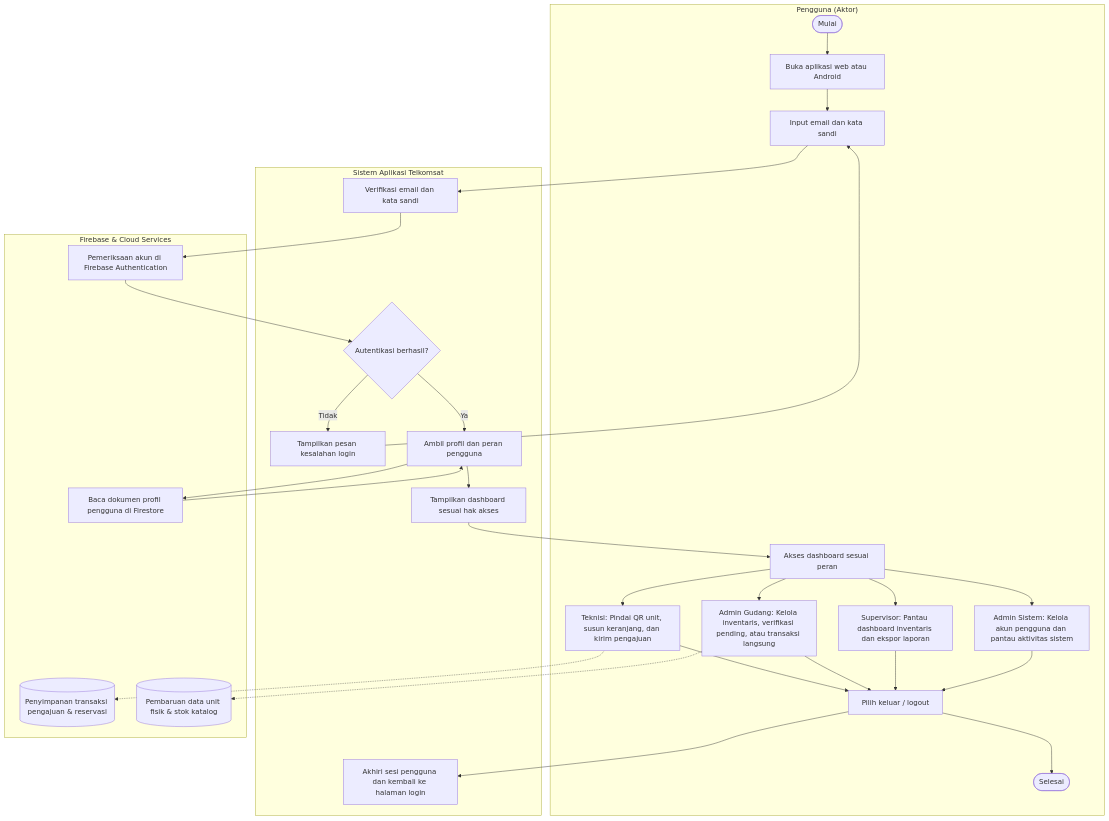
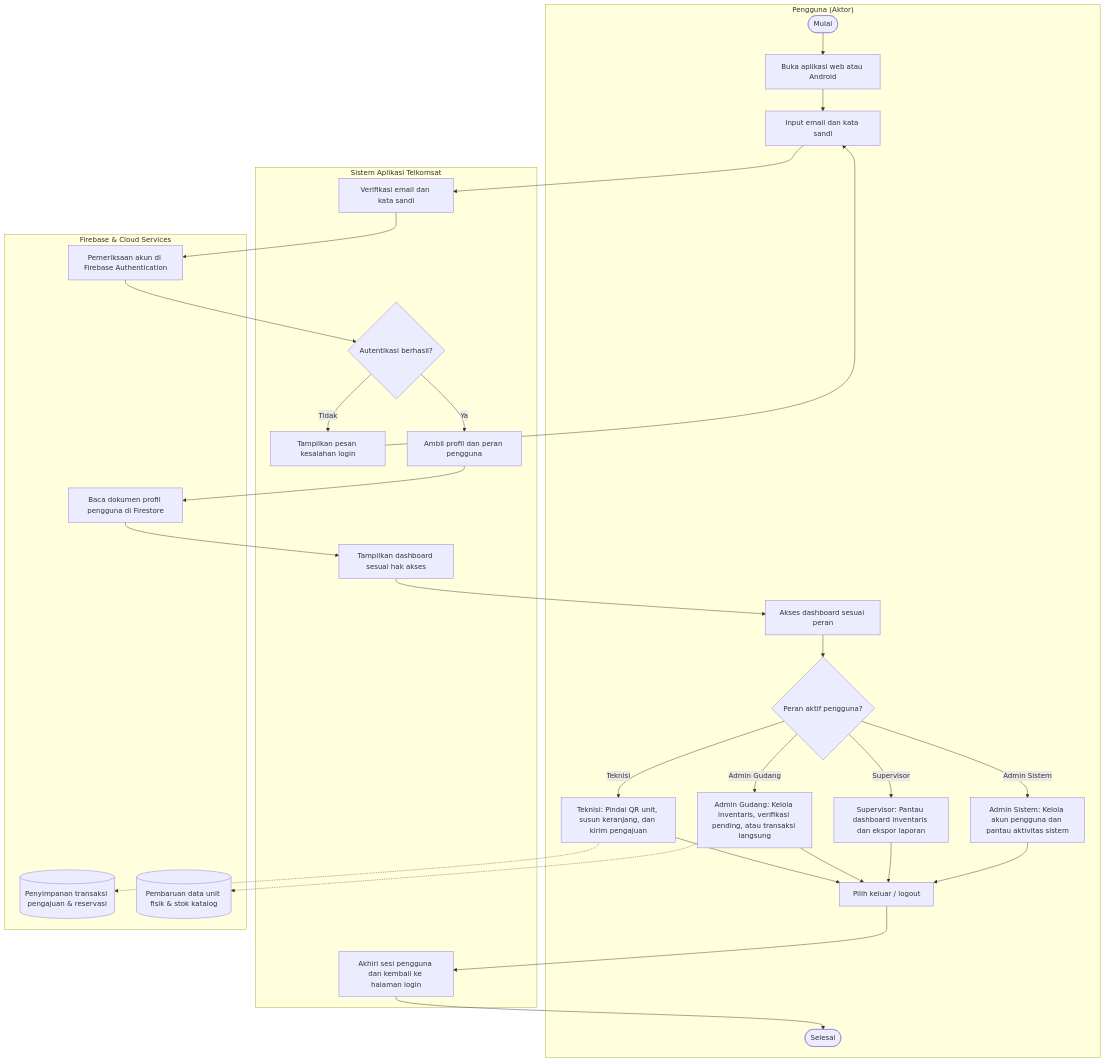
One commit to Fadliyuu/Telkomsatt changed diagram 11 of 16 in README.md. Above: the diagram before and after it, drawn with Mermaid. The commit also changed other lines of this file, not shown here.

Commit message:
docs: finalize activity diagrams with proper decision nodes, linear auth flow, and accurate handover paths

````diff
--- a/README.md
+++ b/README.md
@@ -752,41 +755,42 @@
 ```mermaid
 flowchart TD
     subgraph USR["Pengguna (Aktor)"]
         U_START([Mulai]) --> U_OPEN[Buka aplikasi web atau Android]
         U_OPEN --> U_LOGIN[Input email dan kata sandi]
         U_DASH[Akses dashboard sesuai peran]
         
-        %% Percabangan alur mandiri per peran
-        U_DASH --> T_PATH[Teknisi: Pindai QR unit, susun keranjang, dan kirim pengajuan]
-        U_DASH --> G_PATH[Admin Gudang: Kelola inventaris, verifikasi pending, atau transaksi langsung]
-        U_DASH --> S_PATH[Supervisor: Pantau dashboard inventaris dan ekspor laporan]
-        U_DASH --> A_PATH[Admin Sistem: Kelola akun pengguna dan pantau aktivitas sistem]
+        %% Percabangan alur mandiri per peran dengan simpul keputusan
+        U_DASH --> U_ROLE{Peran aktif pengguna?}
+        U_ROLE -->|Teknisi| T_PATH[Teknisi: Pindai QR unit, susun keranjang, dan kirim pengajuan]
+        U_ROLE -->|Admin Gudang| G_PATH[Admin Gudang: Kelola inventaris, verifikasi pending, atau transaksi langsung]
+        U_ROLE -->|Supervisor| S_PATH[Supervisor: Pantau dashboard inventaris dan ekspor laporan]
+        U_ROLE -->|Admin Sistem| A_PATH[Admin Sistem: Kelola akun pengguna dan pantau aktivitas sistem]
         
         T_PATH --> U_LOGOUT[Pilih keluar / logout]
         G_PATH --> U_LOGOUT
         S_PATH --> U_LOGOUT
         A_PATH --> U_LOGOUT
-        U_LOGOUT --> U_END([Selesai])
+        U_END([Selesai])
     end
 
     subgraph SYS["Sistem Aplikasi Telkomsat"]
         U_LOGIN --> S_VERIFY[Verifikasi email dan kata sandi]
         S_CHECK{Autentikasi berhasil?}
         S_CHECK -->|Tidak| S_ERR[Tampilkan pesan kesalahan login]
         S_ERR --> U_LOGIN
         S_CHECK -->|Ya| S_FETCH[Ambil profil dan peran pengguna]
-        S_FETCH --> S_ROUTE[Tampilkan dashboard sesuai hak akses]
-        S_ROUTE --> U_DASH
+        S_ROUTE[Tampilkan dashboard sesuai hak akses] --> U_DASH
         
         U_LOGOUT --> S_LOGOUT[Akhiri sesi pengguna dan kembali ke halaman login]
+        S_LOGOUT --> U_END
     end
 
     subgraph CLD["Firebase & Cloud Services"]
         S_VERIFY --> C_AUTH[Pemeriksaan akun di Firebase Authentication]
         C_AUTH --> S_CHECK
         S_FETCH --> C_USER[Baca dokumen profil pengguna di Firestore]
-        C_USER --> S_FETCH
+        C_USER --> S_ROUTE
         T_PATH -.-> C_TX[(Penyimpanan transaksi pengajuan & reservasi)]
         G_PATH -.-> C_STOCK[(Pembaruan data unit fisik & stok katalog)]
     end
 ```
````
